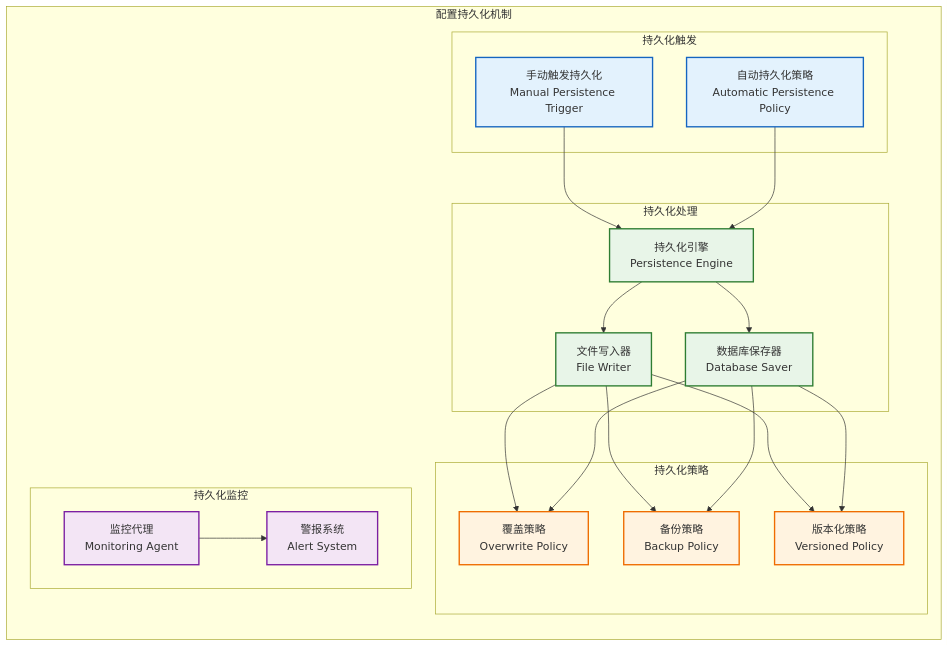
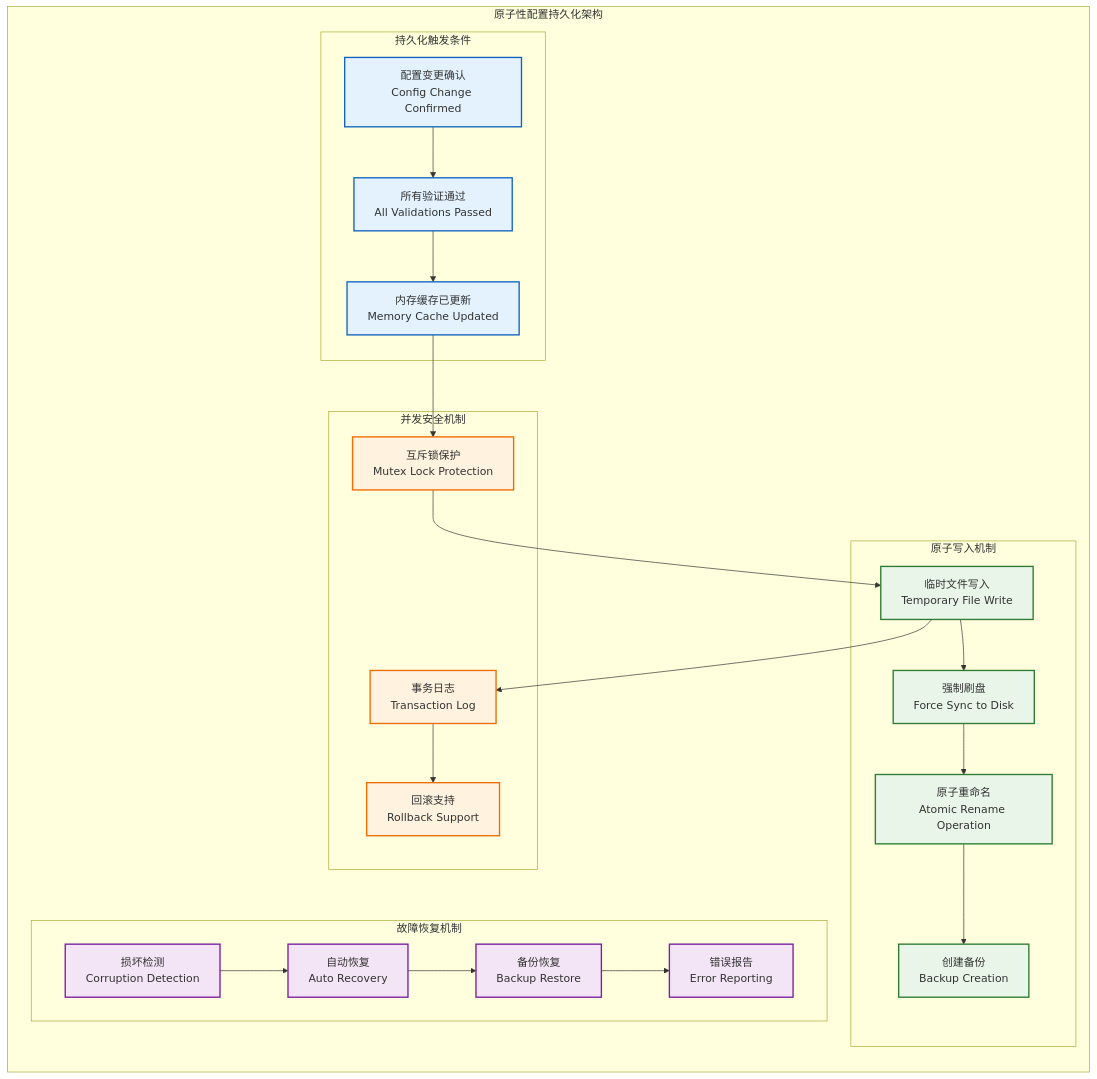
Diagram 11 of 14 in docs/01_项目设计/02_模块设计/06_配置管理模块设计.md (wendizhou99-cell/Radar), drawn with Mermaid before and after one commit. The commit also changed other lines of this file and 22 other files, not shown here.

````diff
--- a/docs/01_项目设计/02_模块设计/06_配置管理模块设计.md
+++ b/docs/01_项目设计/02_模块设计/06_配置管理模块设计.md
@@ -737,55 +1102,59 @@
 ```mermaid
 flowchart TB
-    subgraph "配置持久化机制"
+    subgraph "原子性配置持久化架构"
         direction TB
 
-        subgraph "持久化触发"
-            MANUAL_PERSIST[手动触发持久化<br/>Manual Persistence Trigger]
-            AUTO_PERSIST[自动持久化策略<br/>Automatic Persistence Policy]
+        subgraph "持久化触发条件"
+            CONFIG_CHANGE[配置变更确认<br/>Config Change Confirmed]
+            VALIDATION_SUCCESS[所有验证通过<br/>All Validations Passed]
+            MEMORY_UPDATE[内存缓存已更新<br/>Memory Cache Updated]
         end
 
-        subgraph "持久化处理"
-            PERSISTENCE_ENGINE[持久化引擎<br/>Persistence Engine]
-            FILE_WRITER[文件写入器<br/>File Writer]
-            DB_SAVER[数据库保存器<br/>Database Saver]
+        subgraph "原子写入机制"
+            TEMP_FILE_WRITE[临时文件写入<br/>Temporary File Write]
+            FSYNC_FLUSH[强制刷盘<br/>Force Sync to Disk]
+            ATOMIC_RENAME[原子重命名<br/>Atomic Rename Operation]
+            BACKUP_CREATION[创建备份<br/>Backup Creation]
         end
 
-        subgraph "持久化策略"
-            OVERWRITE_POLICY[覆盖策略<br/>Overwrite Policy]
-            BACKUP_POLICY[备份策略<br/>Backup Policy]
-            VERSIONED_POLICY[版本化策略<br/>Versioned Policy]
+        subgraph "并发安全机制"
+            MUTEX_LOCK[互斥锁保护<br/>Mutex Lock Protection]
+            TRANSACTION_LOG[事务日志<br/>Transaction Log]
+            ROLLBACK_SUPPORT[回滚支持<br/>Rollback Support]
         end
 
-        subgraph "持久化监控"
-            MONITORING_AGENT[监控代理<br/>Monitoring Agent]
-            ALERT_SYSTEM[警报系统<br/>Alert System]
+        subgraph "故障恢复机制"
+            CORRUPTION_DETECT[损坏检测<br/>Corruption Detection]
+            AUTO_RECOVERY[自动恢复<br/>Auto Recovery]
+            BACKUP_RESTORE[备份恢复<br/>Backup Restore]
+            ERROR_REPORTING[错误报告<br/>Error Reporting]
         end
 
         %% 持久化流程
-        MANUAL_PERSIST --> PERSISTENCE_ENGINE
-        AUTO_PERSIST --> PERSISTENCE_ENGINE
+        CONFIG_CHANGE --> VALIDATION_SUCCESS
+        VALIDATION_SUCCESS --> MEMORY_UPDATE
+        MEMORY_UPDATE --> MUTEX_LOCK
 
-        PERSISTENCE_ENGINE --> FILE_WRITER
-        PERSISTENCE_ENGINE --> DB_SAVER
+        MUTEX_LOCK --> TEMP_FILE_WRITE
+        TEMP_FILE_WRITE --> FSYNC_FLUSH
+        FSYNC_FLUSH --> ATOMIC_RENAME
+        ATOMIC_RENAME --> BACKUP_CREATION
 
-        FILE_WRITER --> OVERWRITE_POLICY
-        FILE_WRITER --> BACKUP_POLICY
-        FILE_WRITER --> VERSIONED_POLICY
+        TEMP_FILE_WRITE --> TRANSACTION_LOG
+        TRANSACTION_LOG --> ROLLBACK_SUPPORT
 
-        DB_SAVER --> OVERWRITE_POLICY
-        DB_SAVER --> BACKUP_POLICY
-        DB_SAVER --> VERSIONED_POLICY
-
-        MONITORING_AGENT --> ALERT_SYSTEM
+        CORRUPTION_DETECT --> AUTO_RECOVERY
+        AUTO_RECOVERY --> BACKUP_RESTORE
+        BACKUP_RESTORE --> ERROR_REPORTING
     end
 
     classDef trigger fill:#e3f2fd,stroke:#1565c0,stroke-width:2px
-    classDef process fill:#e8f5e8,stroke:#2e7d32,stroke-width:2px
-    classDef strategy fill:#fff3e0,stroke:#ef6c00,stroke-width:2px
-    classDef monitoring fill:#f3e5f5,stroke:#7b1fa2,stroke-width:2px
+    classDef atomic fill:#e8f5e8,stroke:#2e7d32,stroke-width:2px
+    classDef safety fill:#fff3e0,stroke:#ef6c00,stroke-width:2px
+    classDef recovery fill:#f3e5f5,stroke:#7b1fa2,stroke-width:2px
 
-    class MANUAL_PERSIST,AUTO_PERSIST trigger
-    class PERSISTENCE_ENGINE,FILE_WRITER,DB_SAVER process
-    class OVERWRITE_POLICY,BACKUP_POLICY,VERSIONED_POLICY strategy
-    class MONITORING_AGENT,ALERT_SYSTEM monitoring
+    class CONFIG_CHANGE,VALIDATION_SUCCESS,MEMORY_UPDATE trigger
+    class TEMP_FILE_WRITE,FSYNC_FLUSH,ATOMIC_RENAME,BACKUP_CREATION atomic
+    class MUTEX_LOCK,TRANSACTION_LOG,ROLLBACK_SUPPORT safety
+    class CORRUPTION_DETECT,AUTO_RECOVERY,BACKUP_RESTORE,ERROR_REPORTING recovery
 ```
````
